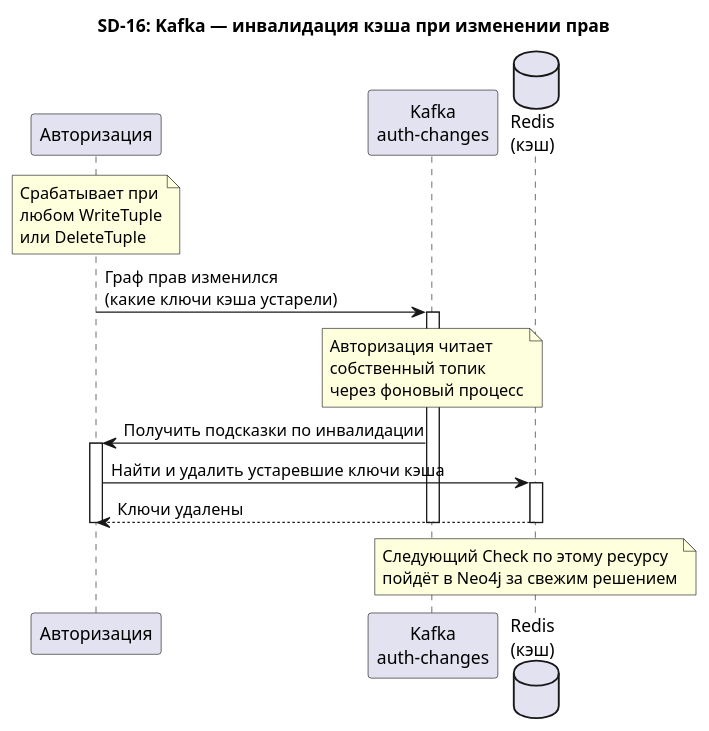
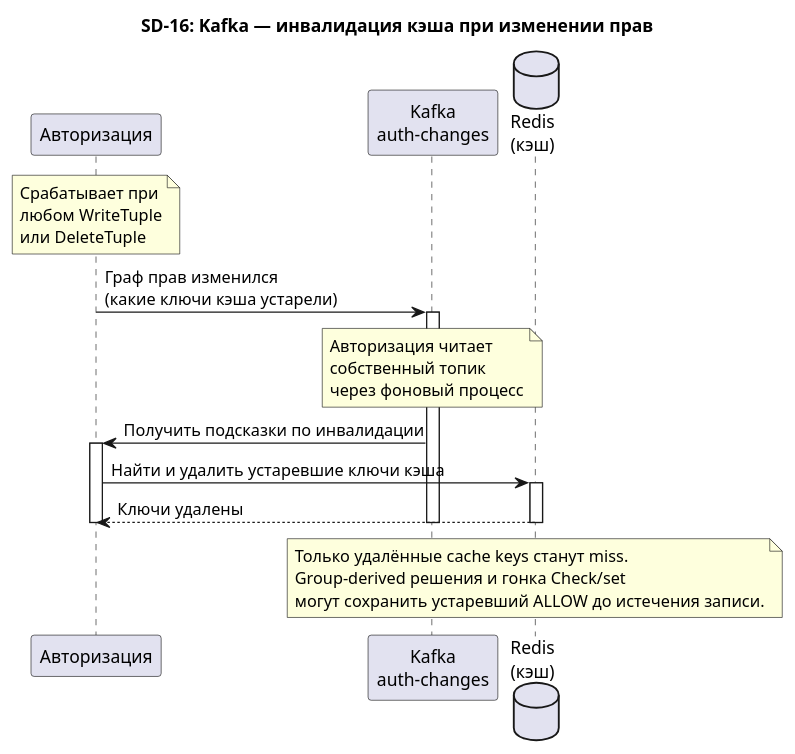
Diagram 16 of 16 in docs/sequence_diagrams.md (alesplll/opens3-rebac), drawn with PlantUML before and after one commit. The commit also changed other lines of this file and 21 other files, not shown here.

````diff
--- a/docs/sequence_diagrams.md
+++ b/docs/sequence_diagrams.md
@@ -658,29 +670,29 @@
 ```plantuml
 @startuml SD-16-KafkaAuthChanges
 title SD-16: Kafka — инвалидация кэша при изменении прав
 
 participant "Авторизация" as AZ
 participant "Kafka\nauth-changes" as KF
 database    "Redis\n(кэш)"       as RD
 
 note over AZ : Срабатывает при\nлюбом WriteTuple\nили DeleteTuple
 
 AZ -> KF : Граф прав изменился\n(какие ключи кэша устарели)
 activate KF
 
 note over KF : Авторизация читает\nсобственный топик\nчерез фоновый процесс
 
 KF -> AZ : Получить подсказки по инвалидации
 activate AZ
 AZ -> RD : Найти и удалить устаревшие ключи кэша
 activate RD
 RD --> AZ : Ключи удалены
 deactivate RD
 deactivate AZ
 
 deactivate KF
 
-note over RD : Следующий Check по этому ресурсу\nпойдёт в Neo4j за свежим решением
+note over RD : Только удалённые cache keys станут miss.\nGroup-derived решения и гонка Check/set\nмогут сохранить устаревший ALLOW до истечения записи.
 
 @enduml
 ```
````
